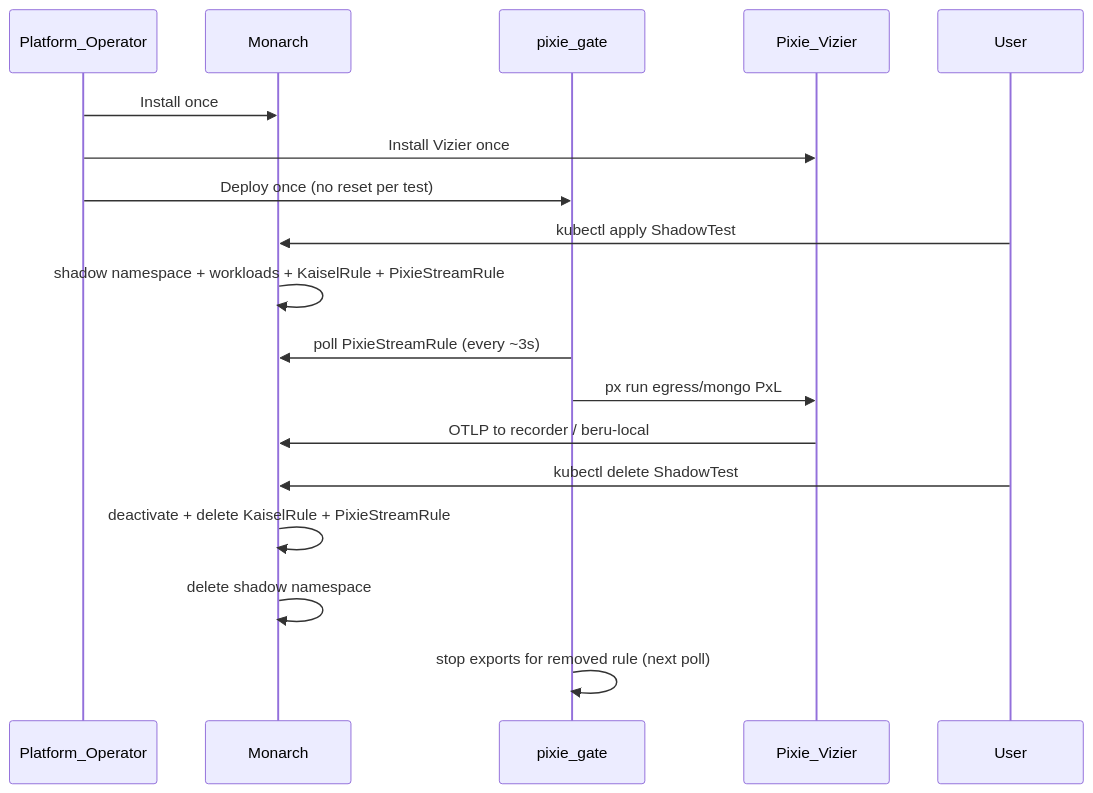
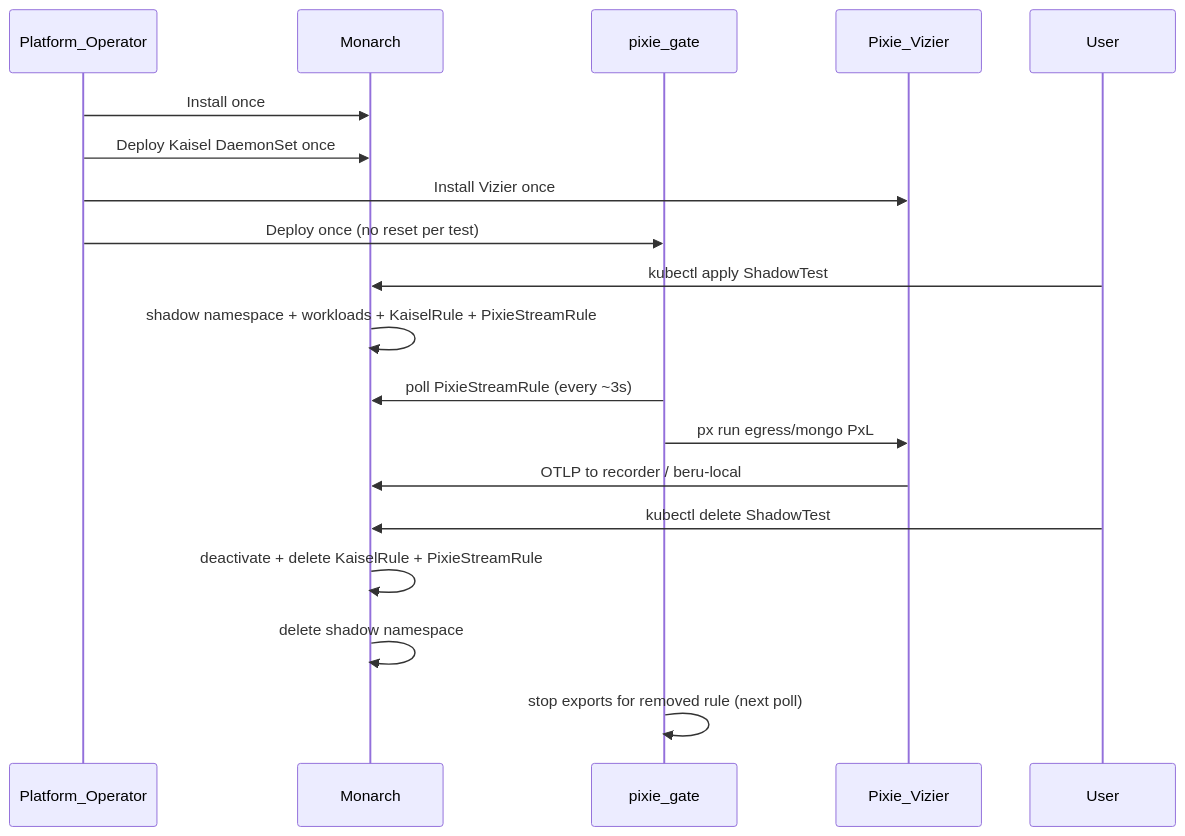
The diagram in docs/control-plane/platform-bootstrap-and-shadowtest-lifecycle.md (nederrgo/shadow-diff), drawn with Mermaid before and after one commit. The commit also changed other lines of this file and 13 other files, not shown here.

````diff
--- a/docs/control-plane/platform-bootstrap-and-shadowtest-lifecycle.md
+++ b/docs/control-plane/platform-bootstrap-and-shadowtest-lifecycle.md
@@ -26,23 +27,24 @@
 ```mermaid
 sequenceDiagram
   participant Ops as Platform_Operator
   participant Monarch
   participant Gate as pixie_gate
   participant Pixie as Pixie_Vizier
   participant User
 
   Ops->>Monarch: Install once
+  Ops->>Monarch: Deploy Kaisel DaemonSet once
   Ops->>Pixie: Install Vizier once
   Ops->>Gate: Deploy once (no reset per test)
 
   User->>Monarch: kubectl apply ShadowTest
   Monarch->>Monarch: shadow namespace + workloads + KaiselRule + PixieStreamRule
   Gate->>Monarch: poll PixieStreamRule (every ~3s)
   Gate->>Pixie: px run egress/mongo PxL
   Pixie->>Monarch: OTLP to recorder / beru-local
 
   User->>Monarch: kubectl delete ShadowTest
   Monarch->>Monarch: deactivate + delete KaiselRule + PixieStreamRule
   Monarch->>Monarch: delete shadow namespace
   Gate->>Gate: stop exports for removed rule (next poll)
 ```
````
